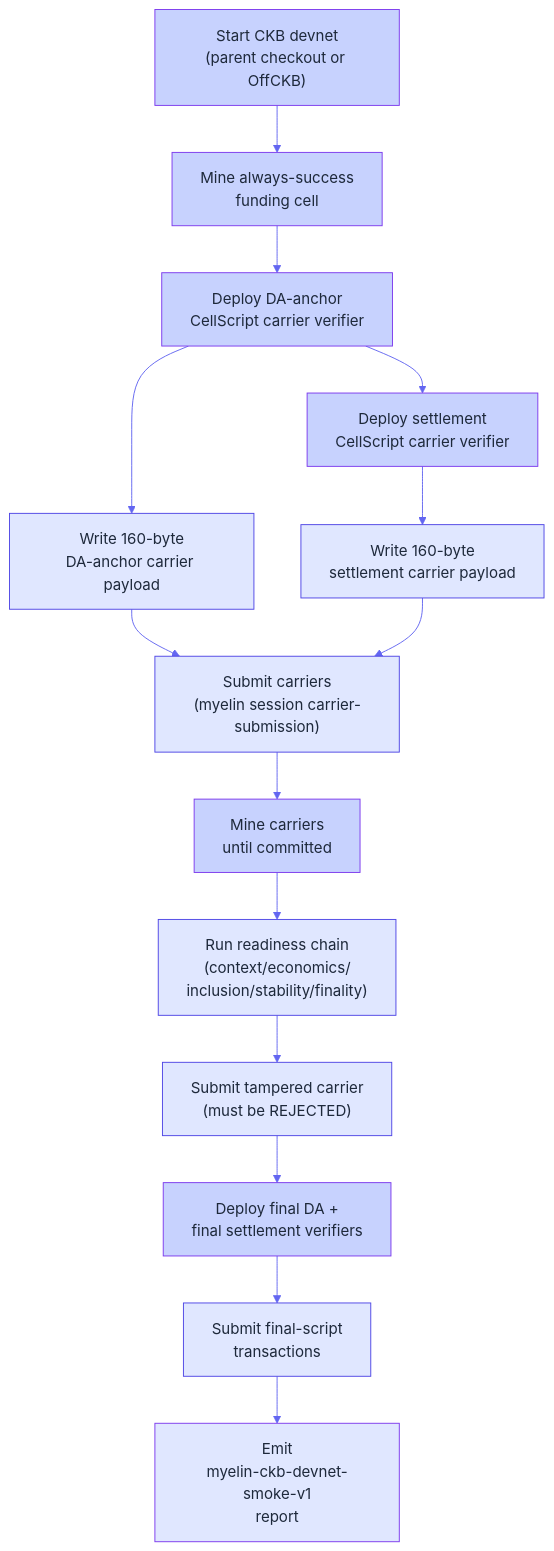
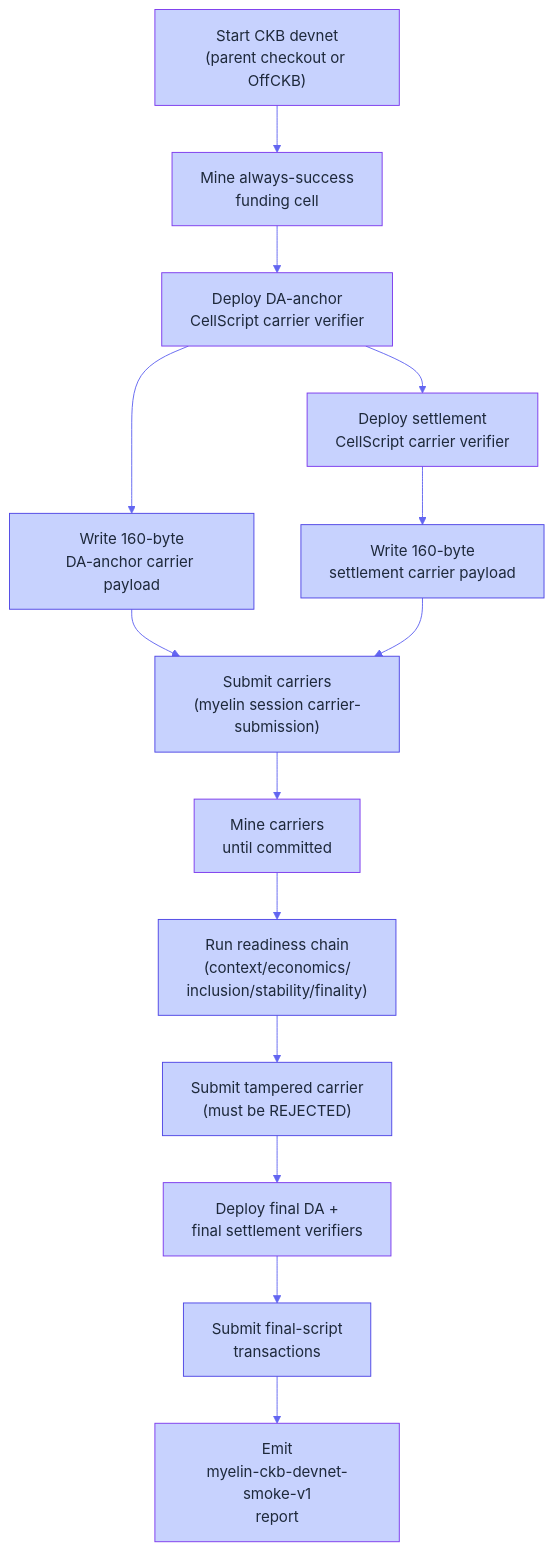
Before and after one commit to Myelin-Labs/Myelin: the first of 2 diagrams in docs/operations/devnet-smoke.md, drawn with Mermaid. The commit also changed other lines of this file and 31 other files, not shown here.

````diff
--- a/docs/operations/devnet-smoke.md
+++ b/docs/operations/devnet-smoke.md
@@ -24,40 +24,40 @@
 ```mermaid
 %%{init: {
   "theme": "base",
   "themeVariables": {
-    "primaryColor": "#EEF2FF",
+    "primaryColor": "#A5B4FC",
     "primaryTextColor": "#1E293B",
     "primaryBorderColor": "#4F46E5",
     "lineColor": "#6366F1",
-    "secondaryColor": "#E0E7FF",
+    "secondaryColor": "#C7D2FE",
     "tertiaryColor": "#C7D2FE"
   }
 }}%%
 flowchart TB
     A["Start CKB devnet<br/>(parent checkout or OffCKB)"]:::dev
     B["Mine always-success<br/>funding cell"]:::dev
     C["Deploy DA-anchor<br/>CellScript carrier verifier"]:::dev
     D["Deploy settlement<br/>CellScript carrier verifier"]:::dev
     E["Write 160-byte<br/>DA-anchor carrier payload"]:::sm
     F["Write 160-byte<br/>settlement carrier payload"]:::sm
     G["Submit carriers<br/>(myelin session carrier-submission)"]:::sm
     H["Mine carriers<br/>until committed"]:::dev
     I["Run readiness chain<br/>(context/economics/<br/>inclusion/stability/finality)"]:::sm
     J["Submit tampered carrier<br/>(must be REJECTED)"]:::sm
     K["Deploy final DA +<br/>final settlement verifiers"]:::dev
     L["Submit final-script<br/>transactions"]:::sm
     M["Emit<br/>myelin-ckb-devnet-smoke-v1<br/>report"]:::out
 
     A --> B --> C --> D
     C --> E
     D --> F
     E --> G
     F --> G
     G --> H --> I
     I --> J
     J --> K --> L --> M
 
     classDef dev fill:#C7D2FE,stroke:#7C3AED,color:#1E293B;
-    classDef sm  fill:#E0E7FF,stroke:#4F46E5,color:#1E293B;
-    classDef out fill:#E0E7FF,stroke:#7C3AED,color:#1E293B;
+    classDef sm  fill:#C7D2FE,stroke:#4F46E5,color:#1E293B;
+    classDef out fill:#C7D2FE,stroke:#7C3AED,color:#1E293B;
 ```
````
